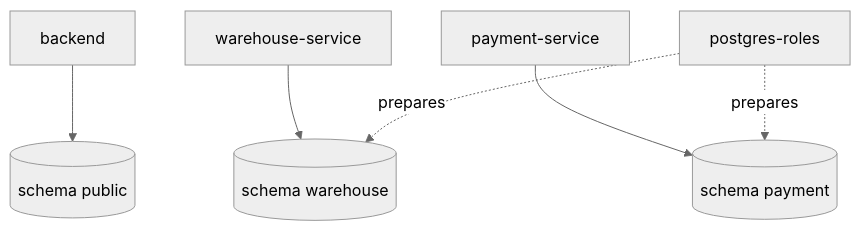
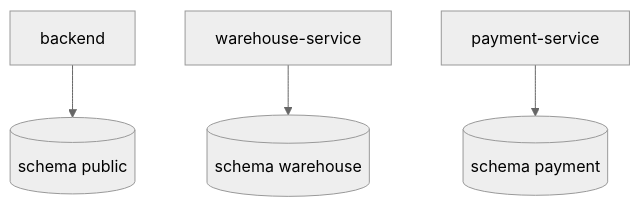
One commit to slawekradzyminski/awesome-localstack changed the diagram in docs-site/docs/architecture/data.md. Above: the diagram before and after it, drawn with Mermaid (neutral theme). The commit also changed 19 other files, not shown here.

First line of the commit message:
Review every wiki diagram by eye and redraw the unclear ones

````diff
--- a/docs-site/docs/architecture/data.md
+++ b/docs-site/docs/architecture/data.md
@@ -6,8 +6,6 @@
 ```mermaid
 flowchart TB
     B[backend] --> PUB[(schema public)]
     W[warehouse-service] --> WH[(schema warehouse)]
     P[payment-service] --> PAY[(schema payment)]
-    R[postgres-roles] -.->|prepares| WH
-    R -.->|prepares| PAY
 ```
````
